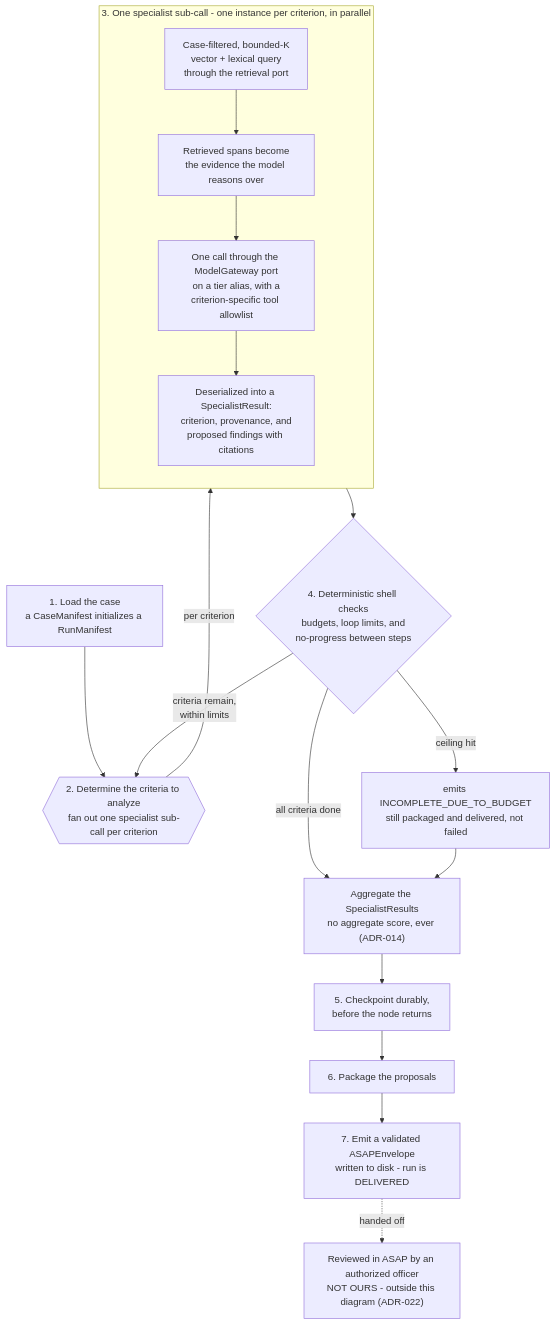
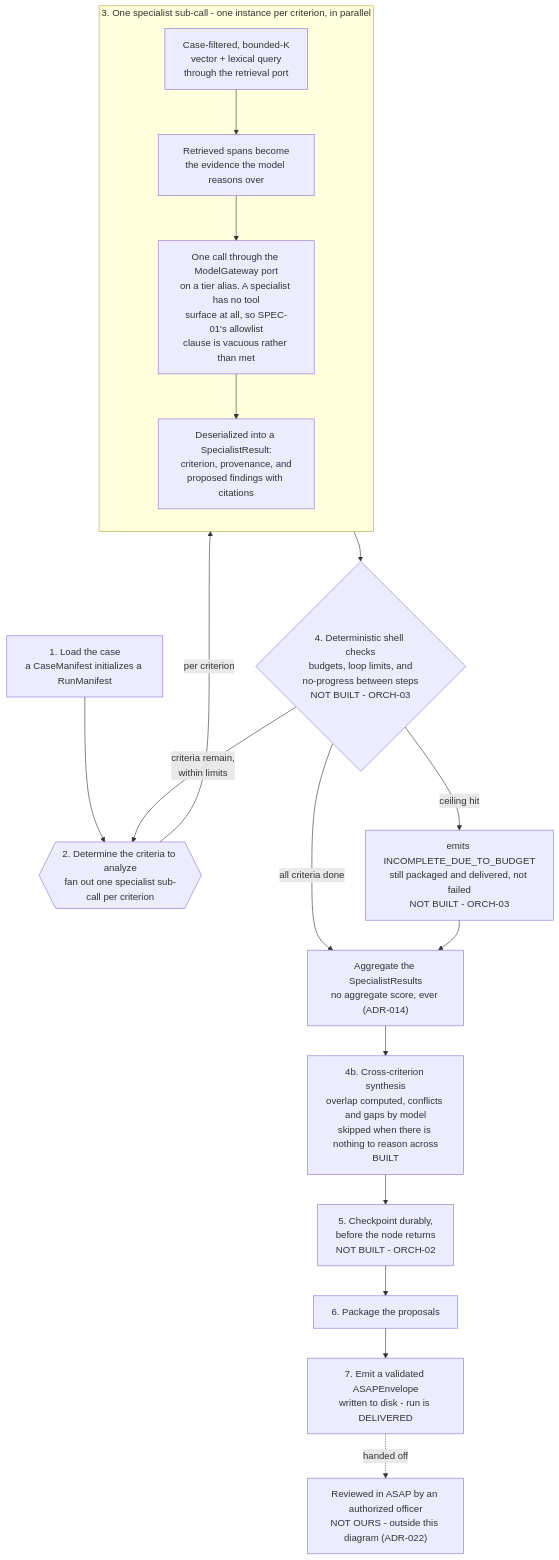
One commit to Amivero-LLC/asap-ireports-poc changed the second of 2 diagrams in docs/handoff/component-architecture.md. Above: the diagram before and after it, drawn with Mermaid. The commit also changed other lines of this file and 1 other file, not shown here.

First paragraph of the commit message:
docs: bring every architecture diagram up to the current state
Five mermaid diagrams across two documents, each stale in a different way.

````diff
--- a/docs/handoff/component-architecture.md
+++ b/docs/handoff/component-architecture.md
@@ -252,33 +252,34 @@
 ```mermaid
 flowchart TD
     STEP1["1. Load the case<br/>a CaseManifest initializes a RunManifest"]
     STEP2{{"2. Determine the criteria to analyze<br/>fan out one specialist sub-call per criterion"}}
 
     subgraph SPECIALIST["3. One specialist sub-call - one instance per criterion, in parallel"]
         direction TB
         STEP3A["Case-filtered, bounded-K<br/>vector + lexical query<br/>through the retrieval port"]
         STEP3B["Retrieved spans become<br/>the evidence the model reasons over"]
-        STEP3C["One call through the ModelGateway port<br/>on a tier alias, with a<br/>criterion-specific tool allowlist"]
+        STEP3C["One call through the ModelGateway port<br/>on a tier alias. A specialist has no tool<br/>surface at all, so SPEC-01's allowlist<br/>clause is vacuous rather than met"]
         STEP3D["Deserialized into a SpecialistResult:<br/>criterion, provenance, and<br/>proposed findings with citations"]
         STEP3A --> STEP3B --> STEP3C --> STEP3D
     end
 
-    SHELL{"4. Deterministic shell checks<br/>budgets, loop limits, and<br/>no-progress between steps"}
-    BUDGETSTOP["emits INCOMPLETE_DUE_TO_BUDGET<br/>still packaged and delivered, not failed"]
+    SHELL{"4. Deterministic shell checks<br/>budgets, loop limits, and<br/>no-progress between steps<br/>NOT BUILT - ORCH-03"}
+    BUDGETSTOP["emits INCOMPLETE_DUE_TO_BUDGET<br/>still packaged and delivered, not failed<br/>NOT BUILT - ORCH-03"]
     AGG["Aggregate the SpecialistResults<br/>no aggregate score, ever (ADR-014)"]
-    STEP5["5. Checkpoint durably,<br/>before the node returns"]
+    SYNTH["4b. Cross-criterion synthesis<br/>overlap computed, conflicts and gaps by model<br/>skipped when there is nothing to reason across<br/>BUILT"]
+    STEP5["5. Checkpoint durably,<br/>before the node returns<br/>NOT BUILT - ORCH-02"]
     STEP6["6. Package the proposals"]
     STEP7B["7. Emit a validated ASAPEnvelope<br/>written to disk - run is DELIVERED"]
     ASAPREVIEW["Reviewed in ASAP by an authorized officer<br/>NOT OURS - outside this diagram (ADR-022)"]
 
     STEP1 --> STEP2
     STEP2 -- "per criterion" --> SPECIALIST
     SPECIALIST --> SHELL
     SHELL -- "criteria remain,<br/>within limits" --> STEP2
     SHELL -- "ceiling hit" --> BUDGETSTOP
     SHELL -- "all criteria done" --> AGG
     BUDGETSTOP --> AGG
-    AGG --> STEP5 --> STEP6
+    AGG --> SYNTH --> STEP5 --> STEP6
     STEP6 --> STEP7B
     STEP7B -. "handed off" .-> ASAPREVIEW
 ```
````
